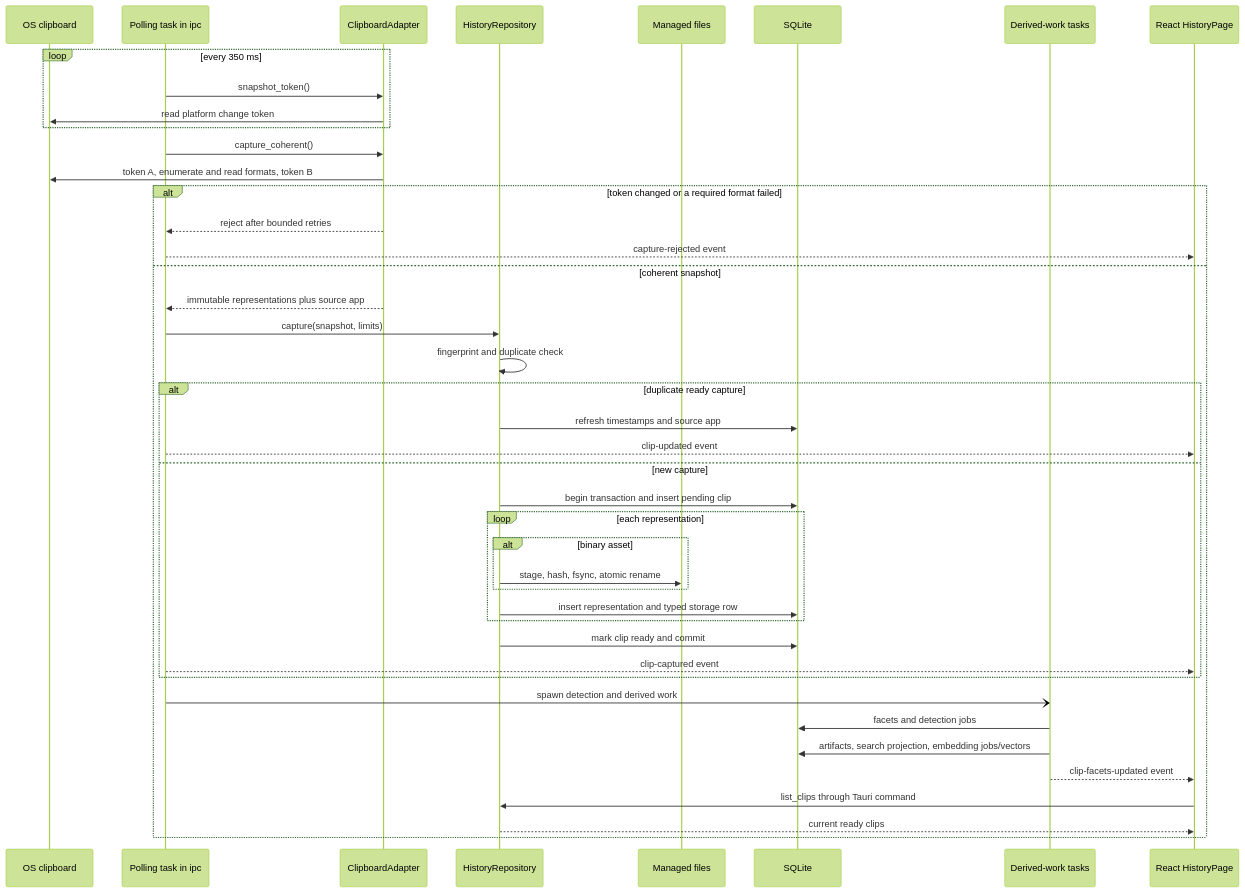
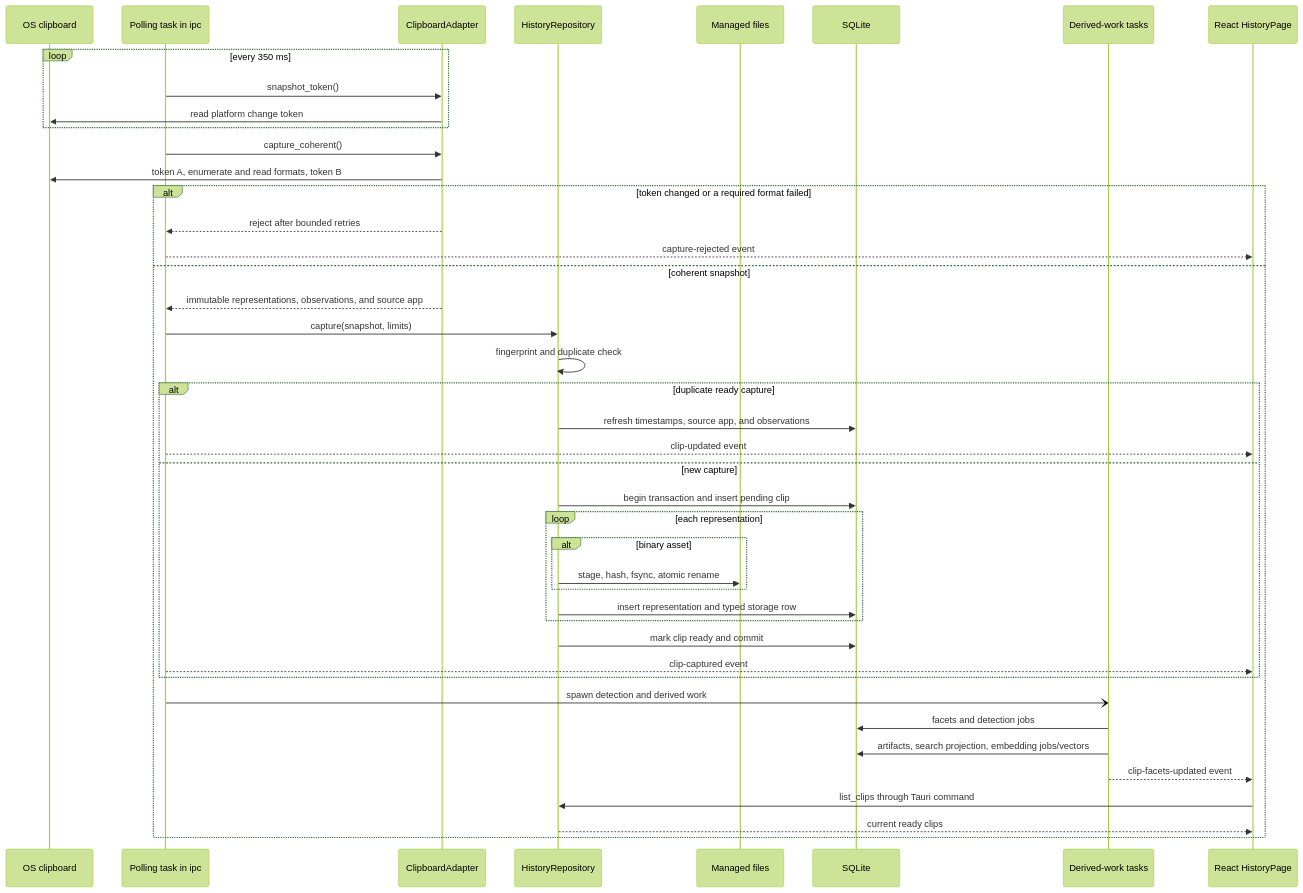
The second of 5 diagrams in docs/ARCHITECTURE.md (azure06/clipsx), drawn with Mermaid (forest theme) before and after one commit. The commit also changed other lines of this file and 28 other files, not shown here.

````diff
--- a/docs/ARCHITECTURE.md
+++ b/docs/ARCHITECTURE.md
@@ -105,45 +115,45 @@
 ```mermaid
 sequenceDiagram
   participant OS as OS clipboard
   participant Monitor as Polling task in ipc
   participant Adapter as ClipboardAdapter
   participant Repo as HistoryRepository
   participant FS as Managed files
   participant DB as SQLite
   participant Work as Derived-work tasks
   participant UI as React HistoryPage
   loop every 350 ms
     Monitor->>Adapter: snapshot_token()
     Adapter->>OS: read platform change token
   end
   Monitor->>Adapter: capture_coherent()
   Adapter->>OS: token A, enumerate and read formats, token B
   alt token changed or a required format failed
     Adapter-->>Monitor: reject after bounded retries
     Monitor-->>UI: capture-rejected event
   else coherent snapshot
-    Adapter-->>Monitor: immutable representations plus source app
+    Adapter-->>Monitor: immutable representations, observations, and source app
     Monitor->>Repo: capture(snapshot, limits)
     Repo->>Repo: fingerprint and duplicate check
     alt duplicate ready capture
-      Repo->>DB: refresh timestamps and source app
+      Repo->>DB: refresh timestamps, source app, and observations
       Monitor-->>UI: clip-updated event
     else new capture
       Repo->>DB: begin transaction and insert pending clip
       loop each representation
         alt binary asset
           Repo->>FS: stage, hash, fsync, atomic rename
         end
         Repo->>DB: insert representation and typed storage row
       end
       Repo->>DB: mark clip ready and commit
       Monitor-->>UI: clip-captured event
     end
     Monitor-)Work: spawn detection and derived work
     Work->>DB: facets and detection jobs
     Work->>DB: artifacts, search projection, embedding jobs/vectors
     Work-->>UI: clip-facets-updated event
     UI->>Repo: list_clips through Tauri command
     Repo-->>UI: current ready clips
   end
 ```
````
